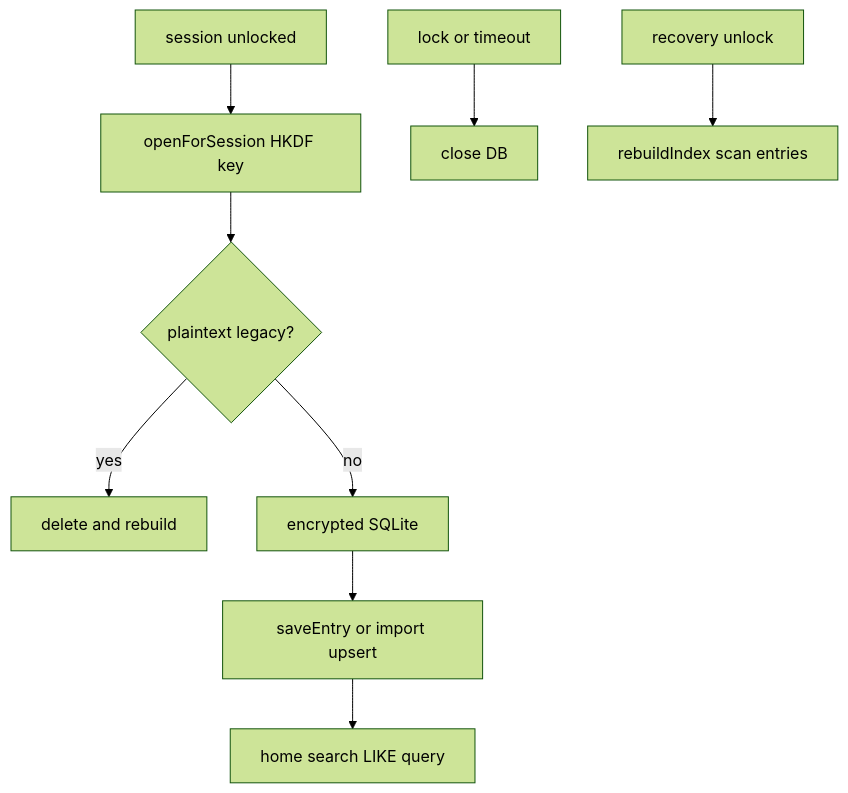
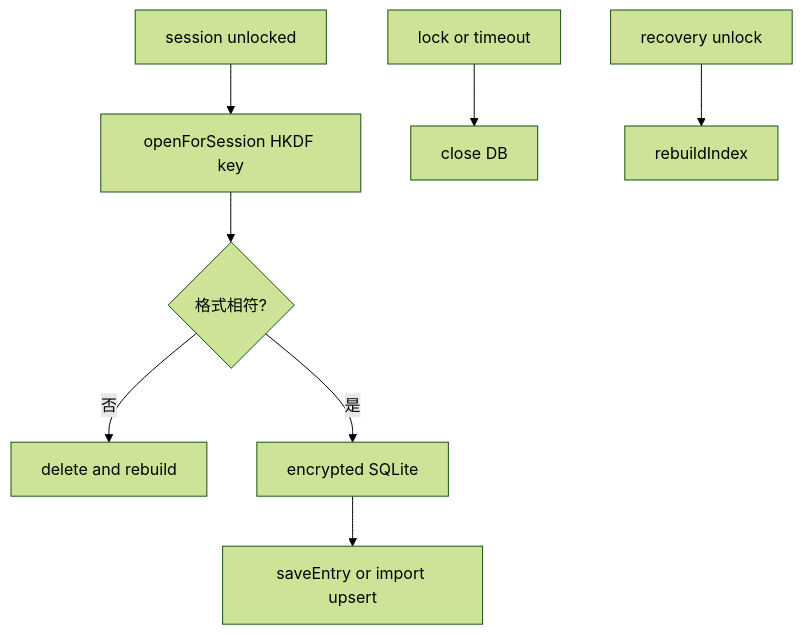
Before and after one commit to zack20136/quill-diary: the diagram in docs/索引資料庫.md, drawn with Mermaid (forest theme). The commit also changed other lines of this file and 69 other files, not shown here.

````diff
--- a/docs/索引資料庫.md
+++ b/docs/索引資料庫.md
@@ -7,11 +29,10 @@
 ```mermaid
 flowchart TD
     unlock[session unlocked] --> open[openForSession HKDF key]
-    open --> legacy{plaintext legacy?}
-    legacy -->|yes| delete[delete and rebuild]
-    legacy -->|no| use[encrypted SQLite]
+    open --> check{格式相符?}
+    check -->|否| delete[delete and rebuild]
+    check -->|是| use[encrypted SQLite]
     use --> sync[saveEntry or import upsert]
-    sync --> search[home search LIKE query]
     lock[lock or timeout] --> close[close DB]
-    recovery[recovery unlock] --> rebuild[rebuildIndex scan entries]
+    recovery[recovery unlock] --> rebuild[rebuildIndex]
 ```
````
